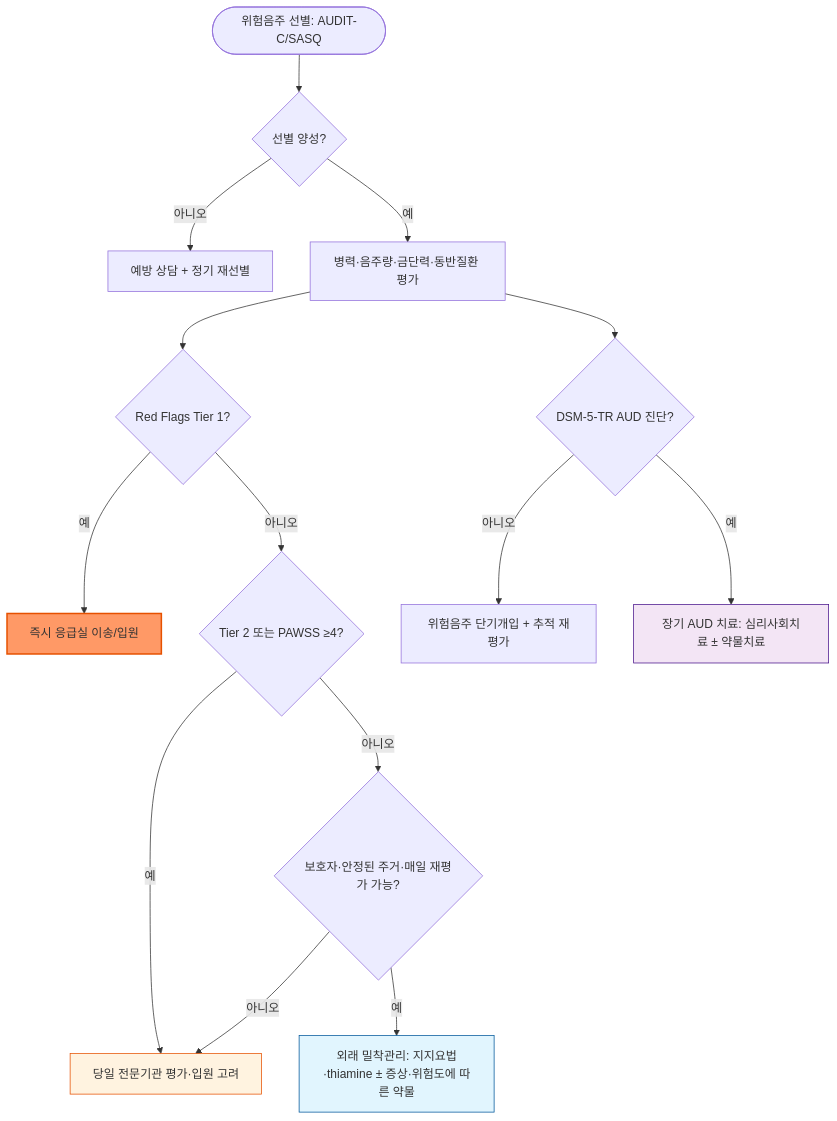
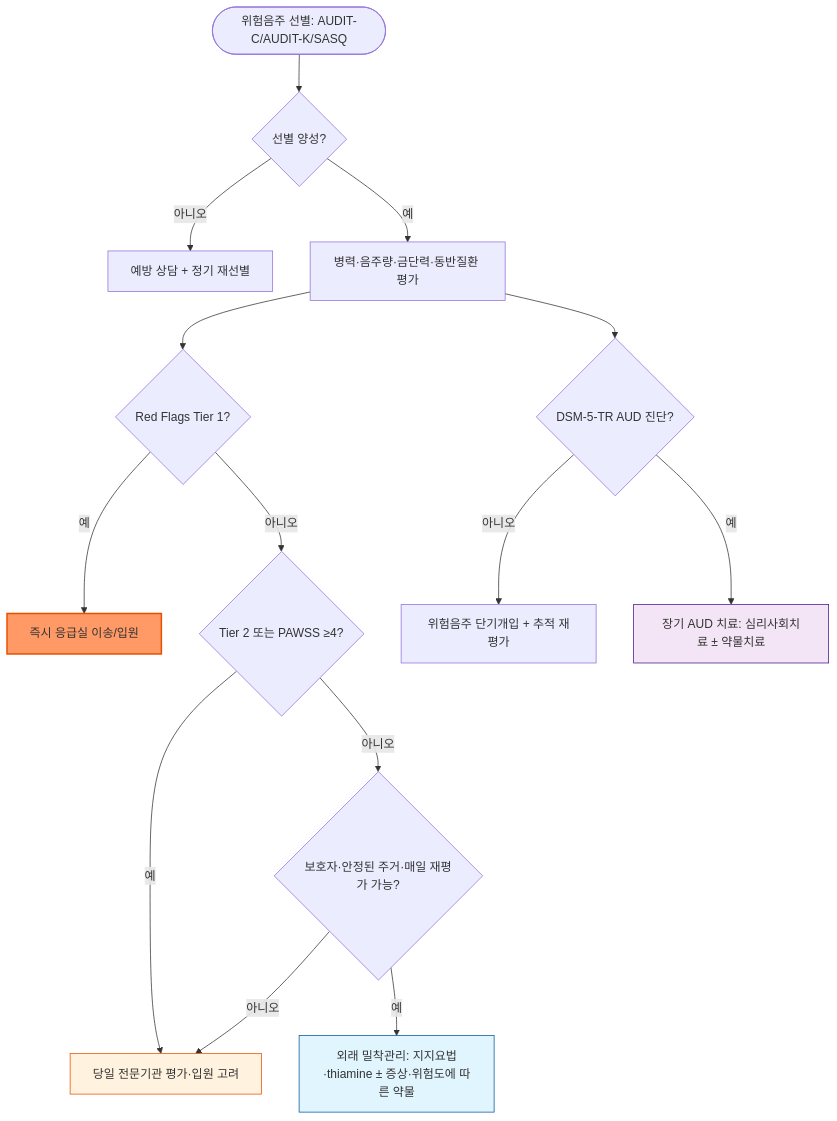
Before and after one commit to familyoh77/familyoh77: the diagram in 230_/189_-alcohol-use-disorder-aud.md, drawn with Mermaid. The commit also changed other lines of this file, not shown here.

````diff
--- a/230_/189_-alcohol-use-disorder-aud.md
+++ b/230_/189_-alcohol-use-disorder-aud.md
@@ -253,21 +280,21 @@
 ```mermaid
 graph TD
-    A(["위험음주 선별: AUDIT-C/SASQ"]) --> B{"선별 양성?"}
+    A(["위험음주 선별: AUDIT-C/AUDIT-K/SASQ"]) --> B{"선별 양성?"}
     B -- 아니오 --> C["예방 상담 + 정기 재선별"]
     B -- 예 --> D["병력·음주량·금단력·동반질환 평가"]
     D --> E{"Red Flags Tier 1?"}
     E -- 예 --> F["즉시 응급실 이송/입원"]
     E -- 아니오 --> G{"Tier 2 또는 PAWSS ≥4?"}
     G -- 예 --> H["당일 전문기관 평가·입원 고려"]
     G -- 아니오 --> I{"보호자·안정된 주거·매일 재평가 가능?"}
     I -- 아니오 --> H
     I -- 예 --> J["외래 밀착관리: 지지요법·thiamine ± 증상·위험도에 따른 약물"]
     D --> L{"DSM-5-TR AUD 진단?"}
     L -- 아니오 --> M["위험음주 단기개입 + 추적 재평가"]
     L -- 예 --> K["장기 AUD 치료: 심리사회치료 ± 약물치료"]
 
     style F fill:#f96,stroke:#e65100,stroke-width:2px
     style H fill:#fff3e0,stroke:#e65100
     style J fill:#e1f5fe,stroke:#01579b
     style K fill:#f3e5f5,stroke:#4a148c
 ```
````
